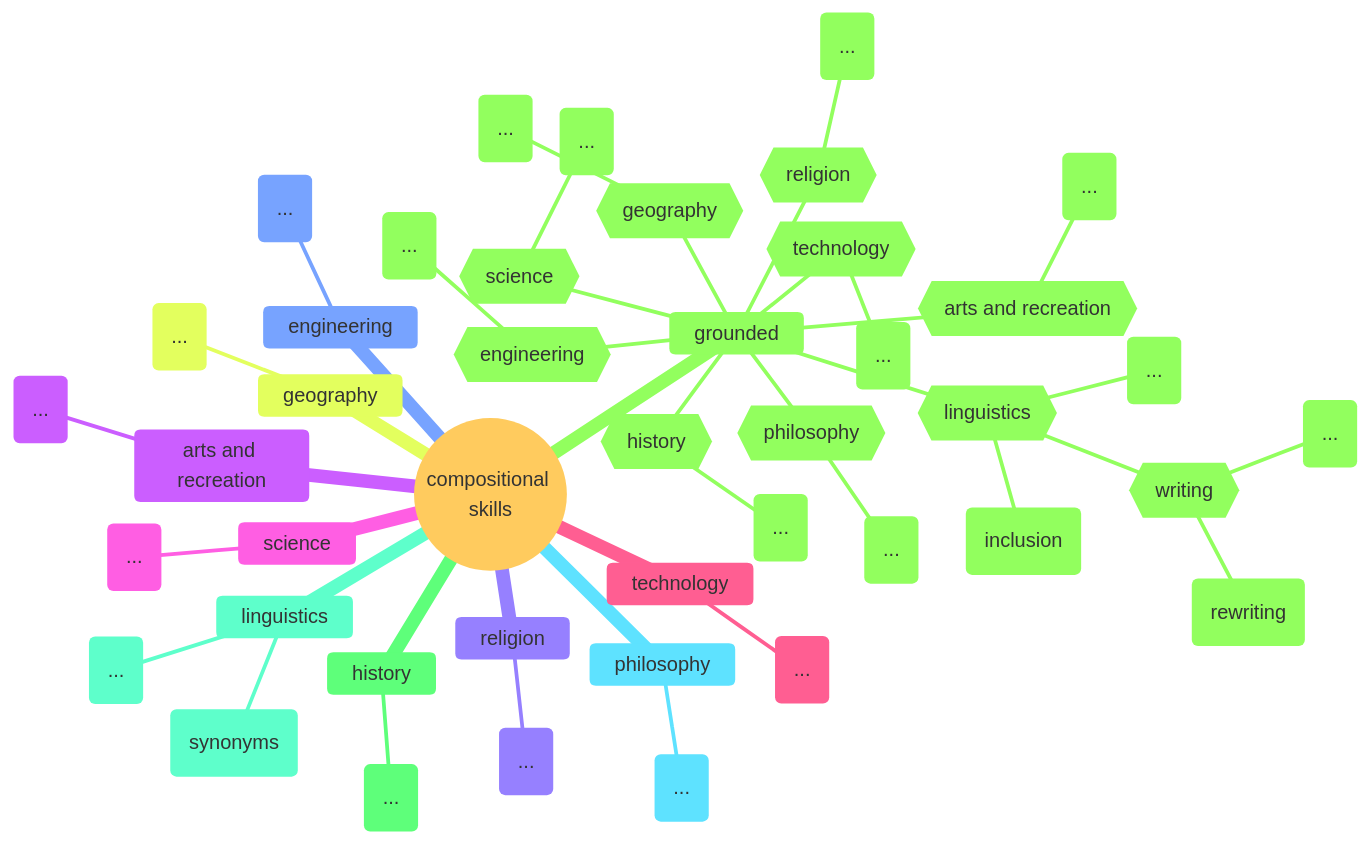
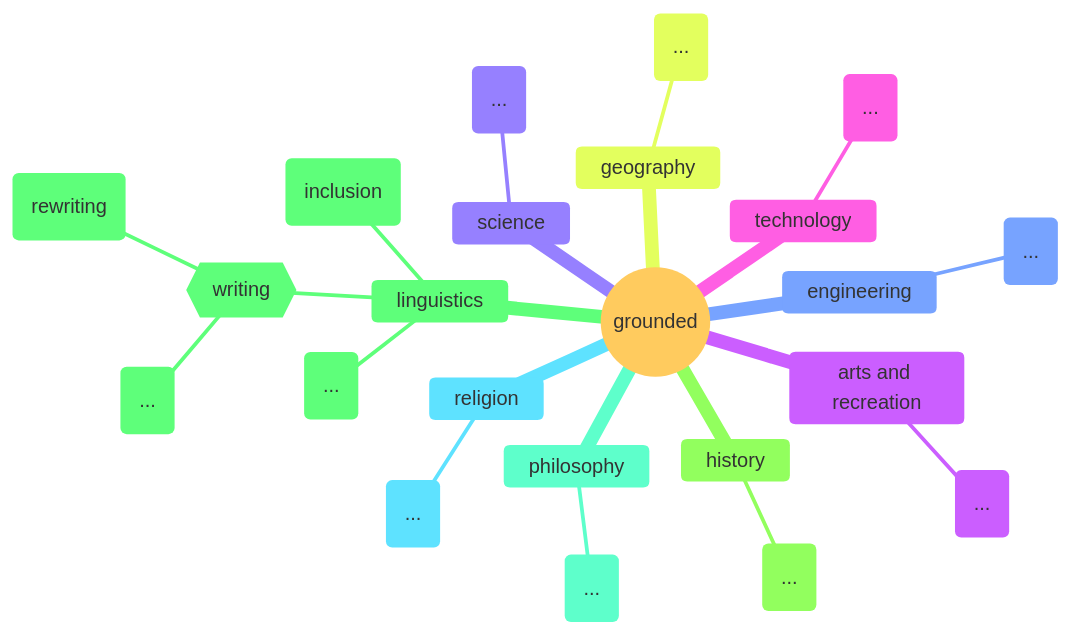
One commit to nimbinatus/taxonomy changed the fourth of 18 diagrams in docs/full_taxonomy.md. Above: the diagram before and after it, drawn with Mermaid. The commit also changed other lines of this file, not shown here.

````diff
--- a/docs/full_taxonomy.md
+++ b/docs/full_taxonomy.md
@@ -56,54 +109,34 @@
 ```mermaid
 ---
-title: Compositional Skills
+title: Compositional Skills - Grounded
 config:
     theme: base
     mindmap:
         maxNodeWidth: 100
     fontSize: 8
 ---
 mindmap
-    root((compositional skills))
+    root((grounded))
         arts and recreation
             id(...)
         engineering
             id(...)
         geography
             id(...)
-        grounded
-            id{{arts and recreation}}
-                id(...)
-            id{{engineering}}
-                id(...)
-            id{{geography}}
-                id(...)
-            id{{history}}
-                id(...)
-            id{{linguistics}}
-                id(inclusion)
-                id(...)
-                id{{writing}}
-                    id(rewriting)
-                    id(...)
-            id{{philosophy}}
-                id(...)
-            id{{religion}}
-                id(...)
-            id{{science}}
-                id(...)
-            id{{technology}}
-                id(...)
         history
             id(...)
         linguistics
-            id(synonyms)
+            id(inclusion)
             id(...)
+            id{{writing}}
+                id(rewriting)
+                id(...)
         philosophy
             id(...)
         religion
             id(...)
         science
             id(...)
         technology
             id(...)
 ```
````
